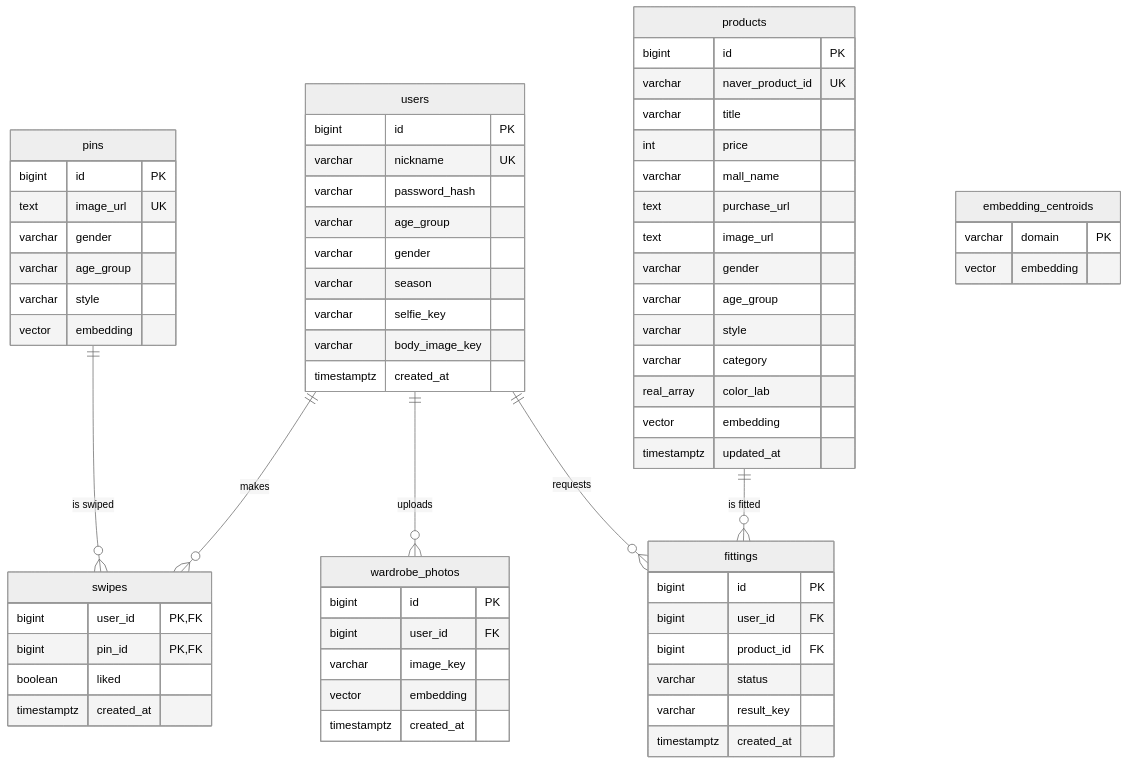
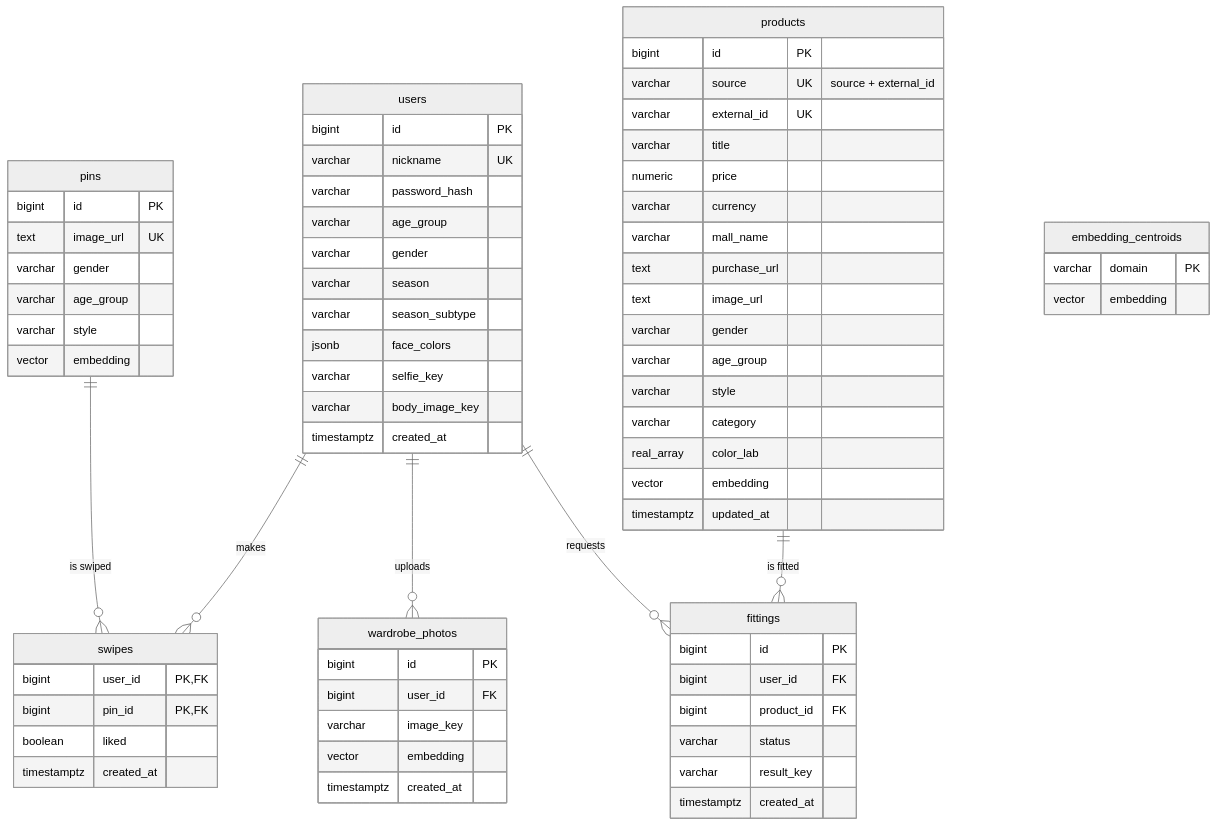
The diagram in project-all-docs/erd.md (najunho04/youcam-project), drawn with Mermaid (neutral theme) before and after one commit. The commit also changed other lines of this file and 11 other files, not shown here.

````diff
--- a/project-all-docs/erd.md
+++ b/project-all-docs/erd.md
@@ -7,69 +7,73 @@
 ```mermaid
 erDiagram
   users ||--o{ swipes : makes
   users ||--o{ wardrobe_photos : uploads
   users ||--o{ fittings : requests
   pins ||--o{ swipes : "is swiped"
   products ||--o{ fittings : "is fitted"
 
   users {
     bigint id PK
     varchar nickname UK
     varchar password_hash
     varchar age_group
     varchar gender
     varchar season
+    varchar season_subtype
+    jsonb face_colors
     varchar selfie_key
     varchar body_image_key
     timestamptz created_at
   }
   products {
     bigint id PK
-    varchar naver_product_id UK
+    varchar source UK "source + external_id"
+    varchar external_id UK
     varchar title
-    int price
+    numeric price
+    varchar currency
     varchar mall_name
     text purchase_url
     text image_url
     varchar gender
     varchar age_group
     varchar style
     varchar category
     real_array color_lab
     vector embedding
     timestamptz updated_at
   }
   pins {
     bigint id PK
     text image_url UK
     varchar gender
     varchar age_group
     varchar style
     vector embedding
   }
   embedding_centroids {
     varchar domain PK
     vector embedding
   }
   swipes {
     bigint user_id PK,FK
     bigint pin_id PK,FK
     boolean liked
     timestamptz created_at
   }
   wardrobe_photos {
     bigint id PK
     bigint user_id FK
     varchar image_key
     vector embedding
     timestamptz created_at
   }
   fittings {
     bigint id PK
     bigint user_id FK
     bigint product_id FK
     varchar status
     varchar result_key
     timestamptz created_at
   }
 ```
````
